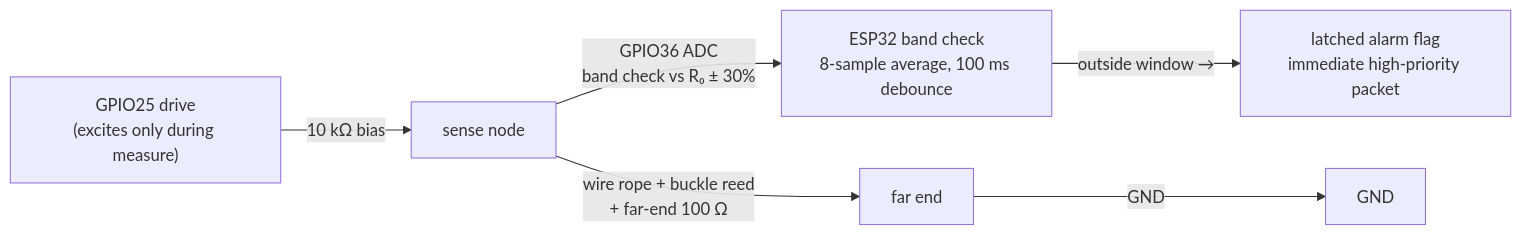
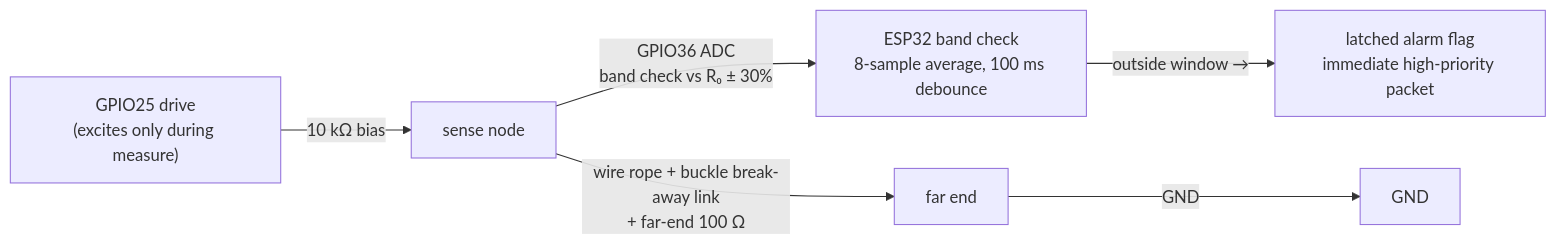
Before and after one commit to qppd/smart-collar: the second of 2 diagrams in docs/BLOCK-DIAGRAM.md, drawn with Mermaid. The commit also changed other lines of this file and 11 other files, not shown here.

````diff
--- a/docs/BLOCK-DIAGRAM.md
+++ b/docs/BLOCK-DIAGRAM.md
@@ -58,8 +56,8 @@
 ```mermaid
 flowchart LR
     G25["GPIO25 drive<br/>(excites only during measure)"] -- "10 kΩ bias" --> NODE["sense node"]
     NODE -- "GPIO36 ADC<br/>band check vs R₀ ± 30%" --> ESP["ESP32 band check<br/>8-sample average, 100 ms debounce"]
-    NODE -- "wire rope + buckle reed<br/>+ far-end 100 Ω" --> FAR["far end"]
+    NODE -- "wire rope + buckle break-away link<br/>+ far-end 100 Ω" --> FAR["far end"]
     FAR -- "GND" --> GND["GND"]
     ESP -- "outside window →" --> LATCH["latched alarm flag<br/>immediate high-priority packet"]
 ```
````
